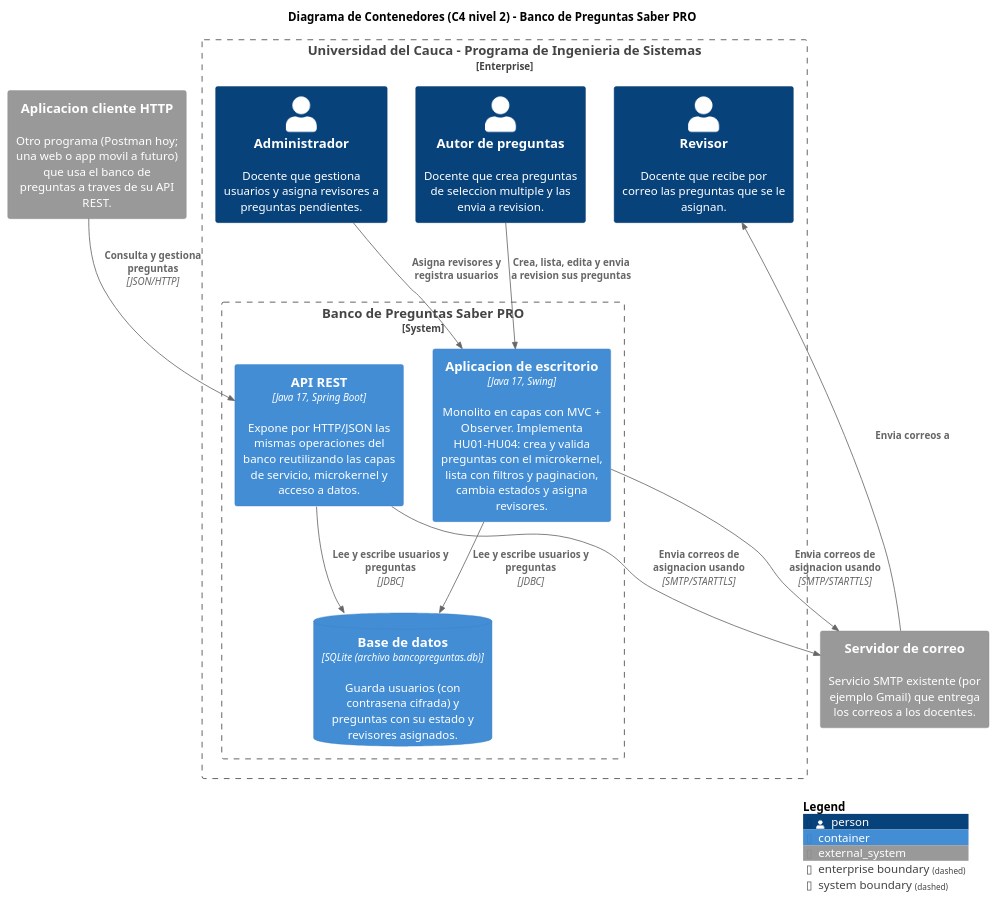
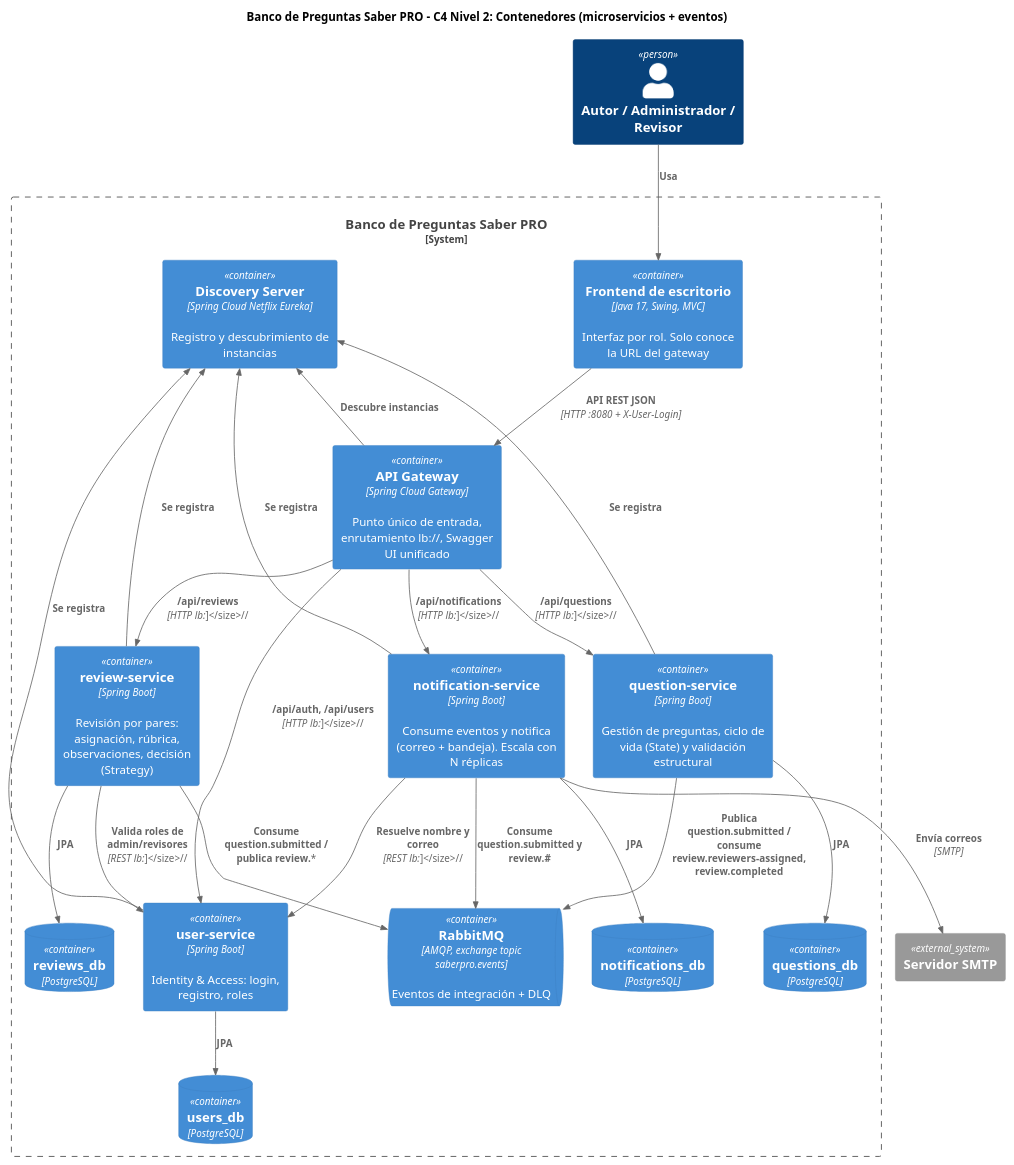
Before and after one commit to martinezgrasantiago214/BANCO_PREGUNTAS_SABER_PRO: the diagram in docs/diagramas/02-c4-contenedores.puml, drawn with PlantUML. The commit also changed 395 other files, not shown here.

First line of the commit message:
Iteración 2: migración a microservicios orientados a eventos

```diff
--- a/docs/diagramas/02-c4-contenedores.puml
+++ b/docs/diagramas/02-c4-contenedores.puml
@@ -1,31 +1,50 @@
 @startuml c4-contenedores
-!include https://raw.githubusercontent.com/plantuml-stdlib/C4-PlantUML/master/C4_Container.puml
-LAYOUT_TOP_DOWN()
-title Diagrama de Contenedores (C4 nivel 2) - Banco de Preguntas Saber PRO
+!include <C4/C4_Container>
+title Banco de Preguntas Saber PRO - C4 Nivel 2: Contenedores (microservicios + eventos)
 
-Enterprise_Boundary(unicauca, "Universidad del Cauca - Programa de Ingenieria de Sistemas") {
-Person(autor, "Autor de preguntas", "Docente que crea preguntas de seleccion multiple y las envia a revision.")
-Person(admin, "Administrador", "Docente que gestiona usuarios y asigna revisores a preguntas pendientes.")
-Person(revisor, "Revisor", "Docente que recibe por correo las preguntas que se le asignan.")
+Person(usuario, "Autor / Administrador / Revisor")
+System_Ext(smtp, "Servidor SMTP")
 
-System_Boundary(banco, "Banco de Preguntas Saber PRO") {
-  Container(desktop, "Aplicacion de escritorio", "Java 17, Swing", "Monolito en capas con MVC + Observer. Implementa HU01-HU04: crea y valida preguntas con el microkernel, lista con filtros y paginacion, cambia estados y asigna revisores.")
-  Container(api, "API REST", "Java 17, Spring Boot", "Expone por HTTP/JSON las mismas operaciones del banco reutilizando las capas de servicio, microkernel y acceso a datos.")
-  ContainerDb(db, "Base de datos", "SQLite (archivo bancopreguntas.db)", "Guarda usuarios (con contrasena cifrada) y preguntas con su estado y revisores asignados.")
-}
+System_Boundary(sys, "Banco de Preguntas Saber PRO") {
+  Container(desktop, "Frontend de escritorio", "Java 17, Swing, MVC", "Interfaz por rol. Solo conoce la URL del gateway")
+  Container(gateway, "API Gateway", "Spring Cloud Gateway", "Punto único de entrada, enrutamiento lb://, Swagger UI unificado")
+  Container(eureka, "Discovery Server", "Spring Cloud Netflix Eureka", "Registro y descubrimiento de instancias")
+
+  Container(users, "user-service", "Spring Boot", "Identity & Access: login, registro, roles")
+  Container(questions, "question-service", "Spring Boot", "Gestión de preguntas, ciclo de vida (State) y validación estructural")
+  Container(reviews, "review-service", "Spring Boot", "Revisión por pares: asignación, rúbrica, observaciones, decisión (Strategy)")
+  Container(notifications, "notification-service", "Spring Boot", "Consume eventos y notifica (correo + bandeja). Escala con N réplicas")
+
+  ContainerQueue(broker, "RabbitMQ", "AMQP, exchange topic saberpro.events", "Eventos de integración + DLQ")
+
+  ContainerDb(dbu, "users_db", "PostgreSQL")
+  ContainerDb(dbq, "questions_db", "PostgreSQL")
+  ContainerDb(dbr, "reviews_db", "PostgreSQL")
+  ContainerDb(dbn, "notifications_db", "PostgreSQL")
 }
 
-System_Ext(cliente, "Aplicacion cliente HTTP", "Otro programa (Postman hoy; una web o app movil a futuro) que usa el banco de preguntas a traves de su API REST.")
-System_Ext(correo, "Servidor de correo", "Servicio SMTP existente (por ejemplo Gmail) que entrega los correos a los docentes.")
+Rel(usuario, desktop, "Usa")
+Rel(desktop, gateway, "API REST JSON", "HTTP :8080 + X-User-Login")
+Rel(gateway, users, "/api/auth, /api/users", "HTTP lb://")
+Rel(gateway, questions, "/api/questions", "HTTP lb://")
+Rel(gateway, reviews, "/api/reviews", "HTTP lb://")
+Rel(gateway, notifications, "/api/notifications", "HTTP lb://")
 
-Rel(autor, desktop, "Crea, lista, edita y envia a revision sus preguntas")
-Rel(admin, desktop, "Asigna revisores y registra usuarios")
-Rel(cliente, api, "Consulta y gestiona preguntas", "JSON/HTTP")
-Rel(desktop, db, "Lee y escribe usuarios y preguntas", "JDBC")
-Rel(api, db, "Lee y escribe usuarios y preguntas", "JDBC")
-Rel(desktop, correo, "Envia correos de asignacion usando", "SMTP/STARTTLS")
-Rel(api, correo, "Envia correos de asignacion usando", "SMTP/STARTTLS")
-Rel(correo, revisor, "Envia correos a")
+Rel(questions, broker, "Publica question.submitted / consume review.reviewers-assigned, review.completed")
+Rel(reviews, broker, "Consume question.submitted / publica review.*")
+Rel(notifications, broker, "Consume question.submitted y review.#")
+Rel(reviews, users, "Valida roles de admin/revisores", "REST lb://")
+Rel(notifications, users, "Resuelve nombre y correo", "REST lb://")
+Rel(notifications, smtp, "Envía correos", "SMTP")
 
-SHOW_LEGEND()
+Rel(users, dbu, "JPA")
+Rel(questions, dbq, "JPA")
+Rel(reviews, dbr, "JPA")
+Rel(notifications, dbn, "JPA")
+
+Rel_U(users, eureka, "Se registra")
+Rel_U(questions, eureka, "Se registra")
+Rel_U(reviews, eureka, "Se registra")
+Rel_U(notifications, eureka, "Se registra")
+Rel_U(gateway, eureka, "Descubre instancias")
 @enduml
```
